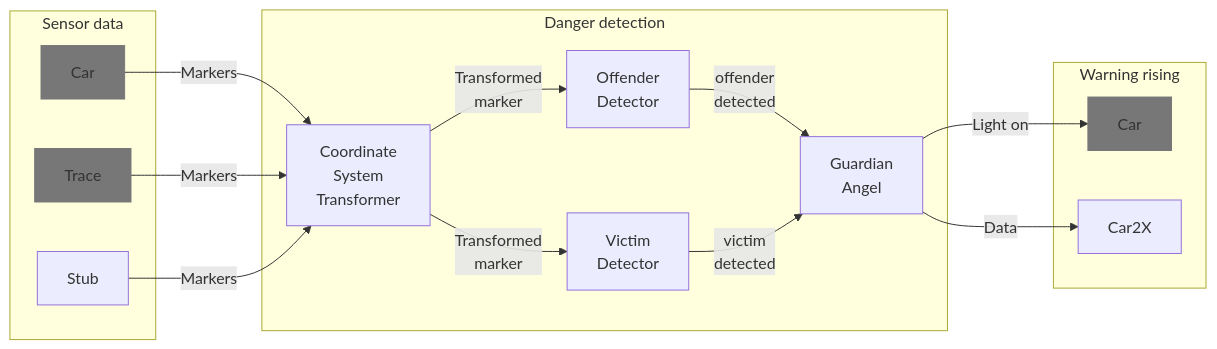
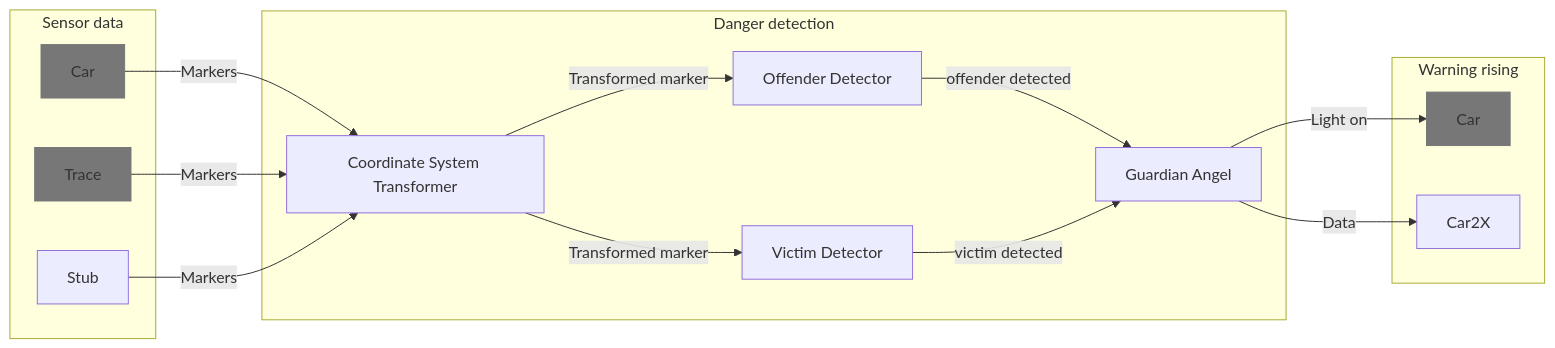
One commit to Eclipse-SDV-Hackathon-Accenture/HackTheCar_CaffeeDriver changed the third of 5 diagrams in Readme.md. Above: the diagram before and after it, drawn with Mermaid. The commit also changed other lines of this file, not shown here.

Commit message:
Fix for readme.md

`````diff
--- a/Readme.md
+++ b/Readme.md
@@ -88,41 +88,29 @@
 ````mermaid
         flowchart LR
             classDef given stroke:#777, fill:#777
     
             subgraph "Sensor data"
                 Car:::given
                 Trace:::given
                 Stub
             end
     
             subgraph "Danger detection"
-                transformer[Coordinate 
-                System 
-                Transformer]
-                offender[Offender
-                Detector]
-                victim[Victim
-                Detector]
-                angel[Guardian
-                Angel]
+                transformer[Coordinate System Transformer]
+                offender[Offender Detector]
+                victim[Victim Detector]
+                angel[Guardian Angel]
             end
         
             subgraph "Warning rising"
                 car_out[Car]:::given
                 Car2X
             end
         
             Car & Trace & Stub --Markers --> transformer
-            
-            transformer -- Transformed
-            marker--> offender & victim
-            
-            offender -- offender
-            detected --> angel
-            
-            victim -- victim
-            detected--> angel
-            
+            transformer -- Transformed marker--> offender & victim
+            offender -- offender detected --> angel
+            victim -- victim detected--> angel
             angel -- Light on --> car_out
             angel -- Data --> Car2X
 ````
`````
